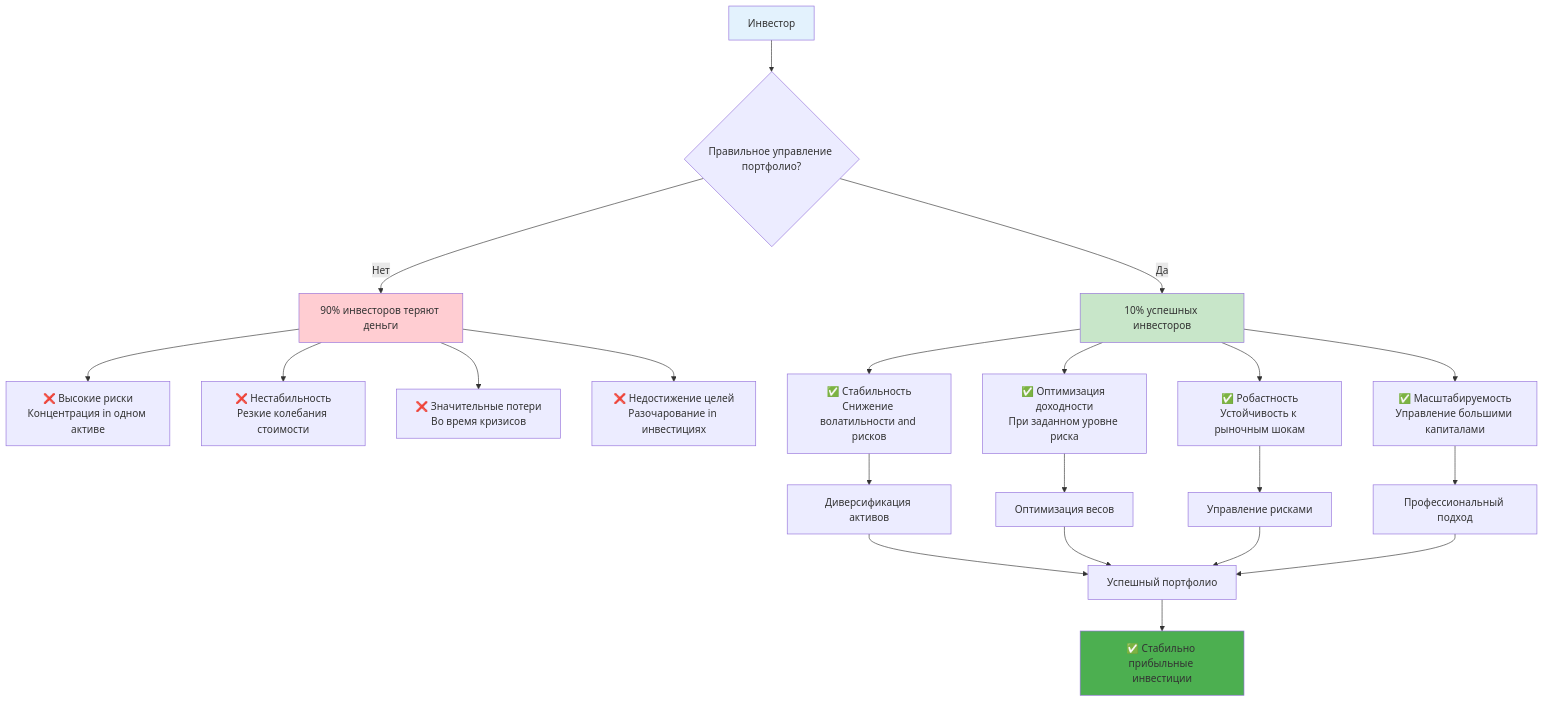
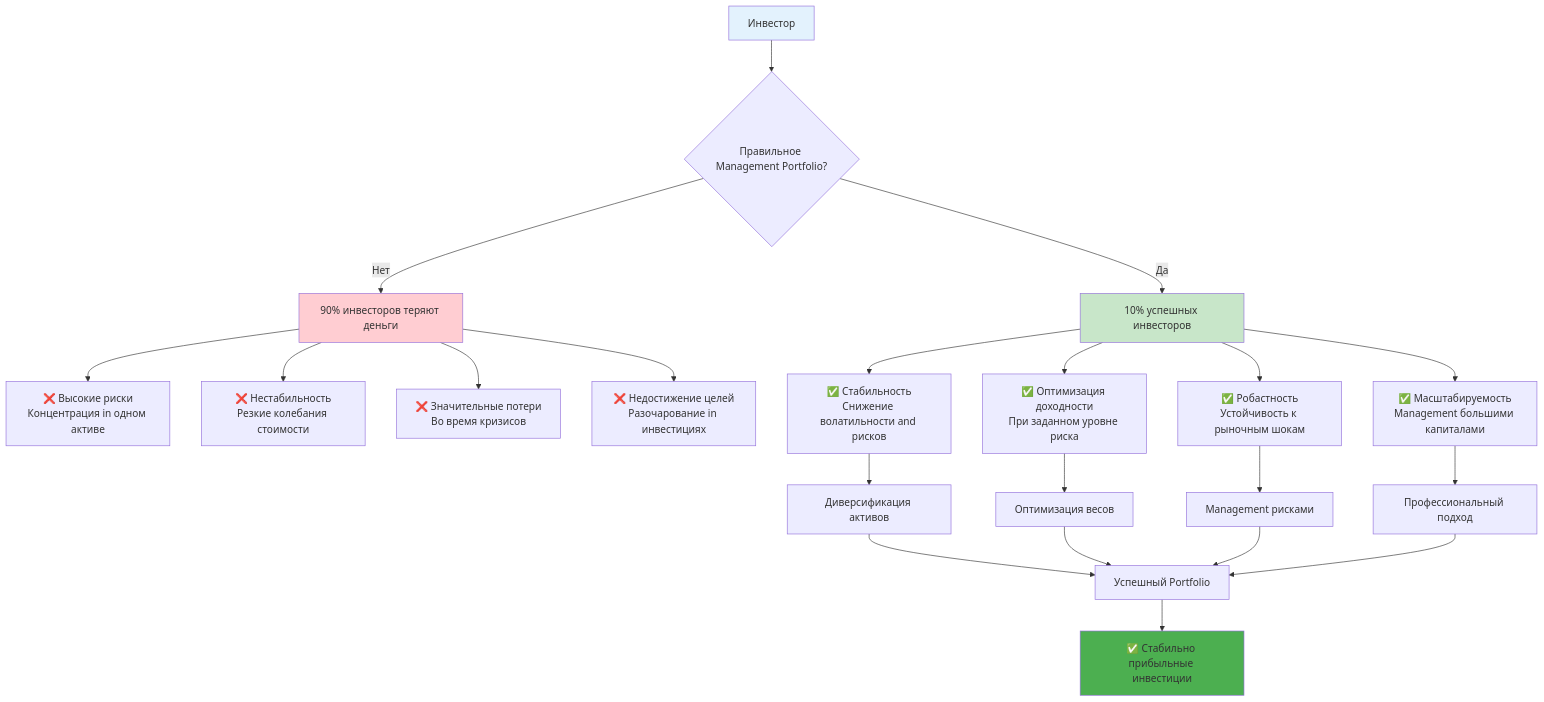
One commit to NeoZorK/neozork-hld-prediction changed the first of 8 diagrams in docs/automl/gluon/32_portfolio_management.md. Above: the diagram before and after it, drawn with Mermaid. The commit also changed other lines of this file and 108 other files, not shown here.

````diff
--- a/docs/automl/gluon/32_portfolio_management.md
+++ b/docs/automl/gluon/32_portfolio_management.md
@@ -10,33 +10,33 @@
 ```mermaid
 graph TD
- A[Инвестор] --> B{Правильное управление портфолио?}
+ A[Инвестор] --> B{Правильное Management Portfolio?}
 
  B -->|Нет| C[90% инвесторов теряют деньги]
  C --> D[❌ Высокие риски<br/>Концентрация in одном активе]
  C --> E[❌ Нестабильность<br/>Резкие колебания стоимости]
  C --> F[❌ Значительные потери<br/>Во время кризисов]
  C --> G[❌ Недостижение целей<br/>Разочарование in инвестициях]
 
  B -->|Да| H[10% успешных инвесторов]
  H --> I[✅ Стабильность<br/>Снижение волатильности and рисков]
  H --> J[✅ Оптимизация доходности<br/>При заданном уровне риска]
  H --> K[✅ Робастность<br/>Устойчивость к рыночным шокам]
- H --> L[✅ Масштабируемость<br/>Управление большими капиталами]
+ H --> L[✅ Масштабируемость<br/>Management большими капиталами]
 
  I --> M[Диверсификация активов]
  J --> N[Оптимизация весов]
- K --> O[Управление рисками]
+ K --> O[Management рисками]
  L --> P[Профессиональный подход]
 
- M --> Q[Успешный портфолио]
+ M --> Q[Успешный Portfolio]
  N --> Q
  O --> Q
  P --> Q
 
  Q --> R[✅ Стабильно прибыльные инвестиции]
 
  style A fill:#e3f2fd
  style H fill:#c8e6c9
  style C fill:#ffcdd2
  style R fill:#4caf50
 ```
````
